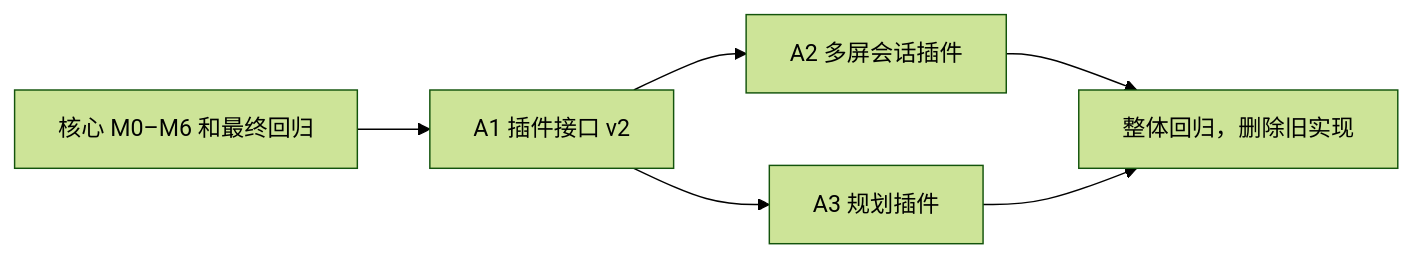
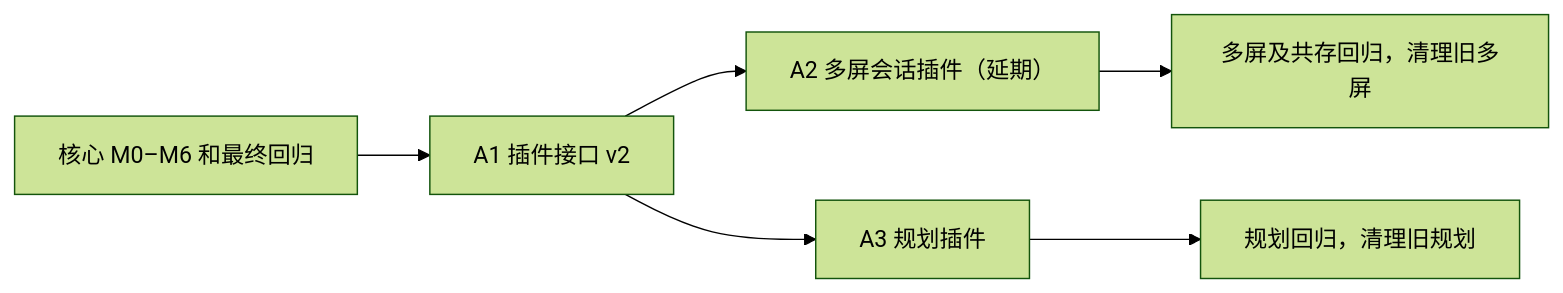
One commit to wssz527/kimicode-plus changed the diagram in docs/plans/2026-11-16-addons-plugins.md. Above: the diagram before and after it, drawn with Mermaid (forest theme). The commit also changed other lines of this file and 47 other files, not shown here.

````diff
--- a/docs/plans/2026-11-16-addons-plugins.md
+++ b/docs/plans/2026-11-16-addons-plugins.md
@@ -250,8 +255,8 @@
 ```mermaid
 flowchart LR
   Core["核心 M0–M6 和最终回归"] --> A1["A1 插件接口 v2"]
-  A1 --> A2["A2 多屏会话插件"]
+  A1 --> A2["A2 多屏会话插件（延期）"]
   A1 --> A3["A3 规划插件"]
-  A2 --> R["整体回归，删除旧实现"]
-  A3 --> R
+  A2 --> R2["多屏及共存回归，清理旧多屏"]
+  A3 --> R3["规划回归，清理旧规划"]
 ```
````
